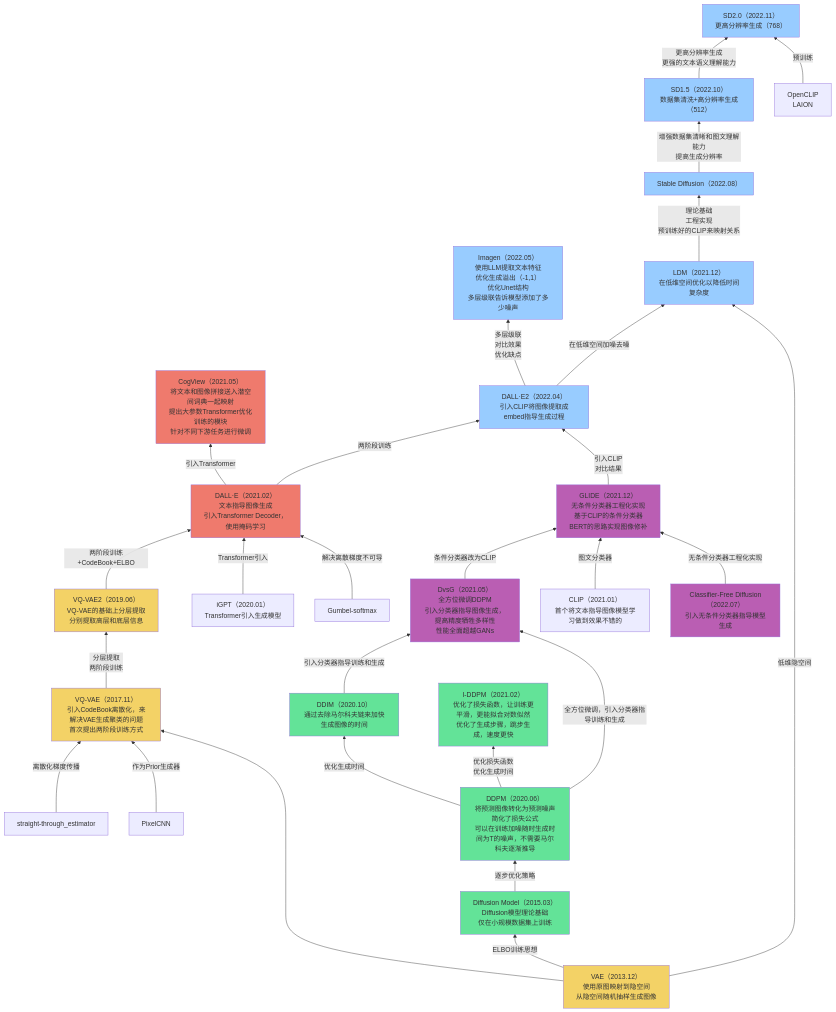
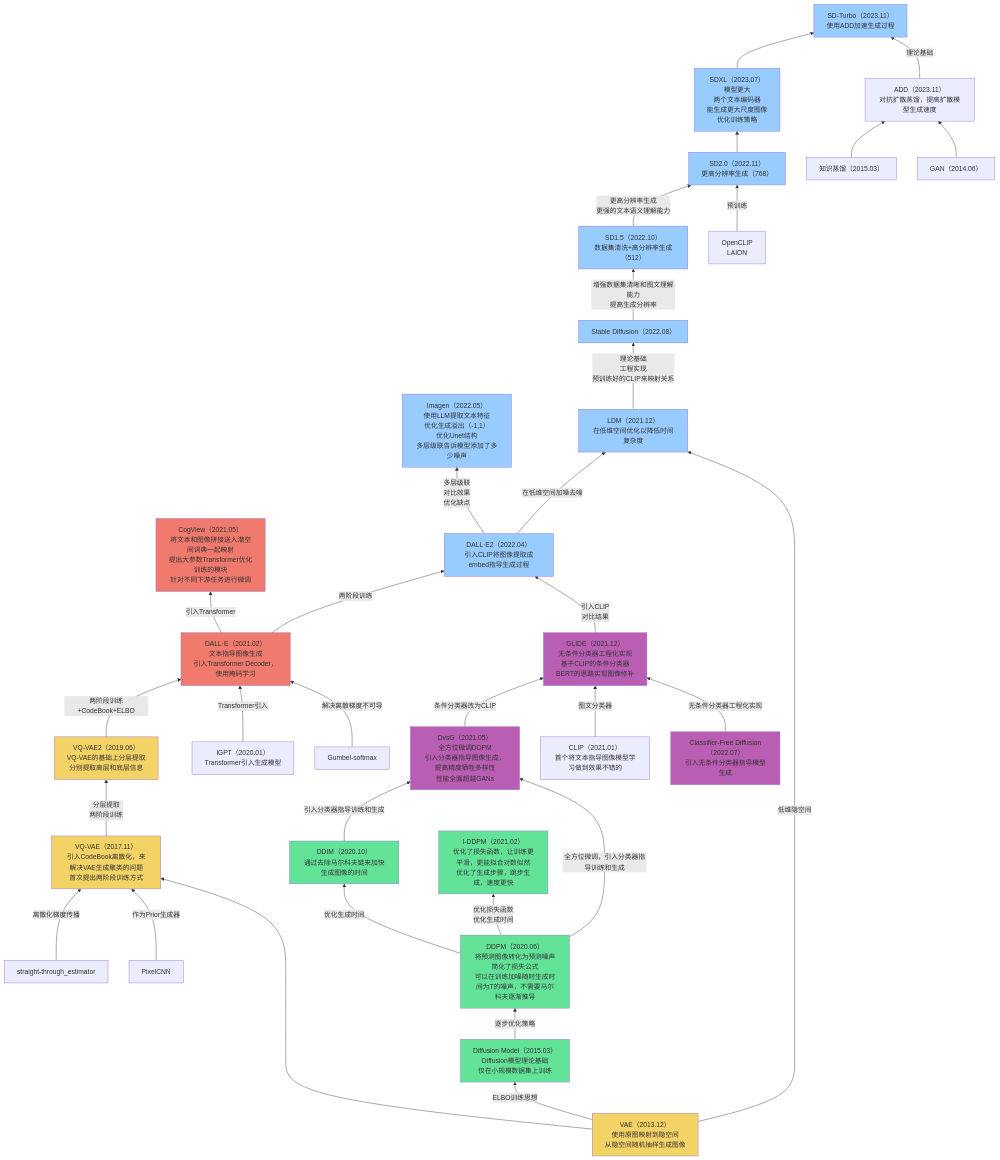
The fourth of 5 diagrams in Base_Model/GAN+VAE+Diffusion/analyse.md (Elephant-King9/Paper), drawn with Mermaid before and after one commit. The commit also changed other lines of this file and 4 other files, not shown here.

````diff
--- a/Base_Model/GAN+VAE+Diffusion/analyse.md
+++ b/Base_Model/GAN+VAE+Diffusion/analyse.md
@@ -126,8 +128,11 @@
 Stable_Diffusion-->|增强数据集清晰和图文理解能力<br>提高生成分辨率|SD1.5
 OpenCLIP-->|预训练|SD2.0
 SD1.5-->|更高分辨率生成<br>更强的文本语义理解能力|SD2.0
-
-
+SD2.0-->SDXL
+知识蒸馏-->ADD
+GAN-->ADD
+SDXL-->SD-Turbo
+ADD-->|理论基础|SD-Turbo
 
 
 
@@ -171,4 +176,11 @@
 SD2.0[SD2.0（2022.11）<br>更高分辨率生成（768）]
 	style SD2.0 fill:#98CCFF
 OpenCLIP[OpenCLIP<br>LAION]
+SDXL[SDXL（2023.07）<br>模型更大<br>两个文本编码器<br>能生成更大尺度图像<br>优化训练策略]
+style SDXL fill:#98CCFF
+ADD[ADD（2023.11）<br>对抗扩散蒸馏，提高扩散模型生成速度]
+知识蒸馏[知识蒸馏（2015.03）]
+GAN[GAN（2014.06）]
+SD-Turbo[SD-Turbo（2023.11）<br>使用ADD加速生成过程]
+style SD-Turbo fill:#98CCFF
 ```
````
